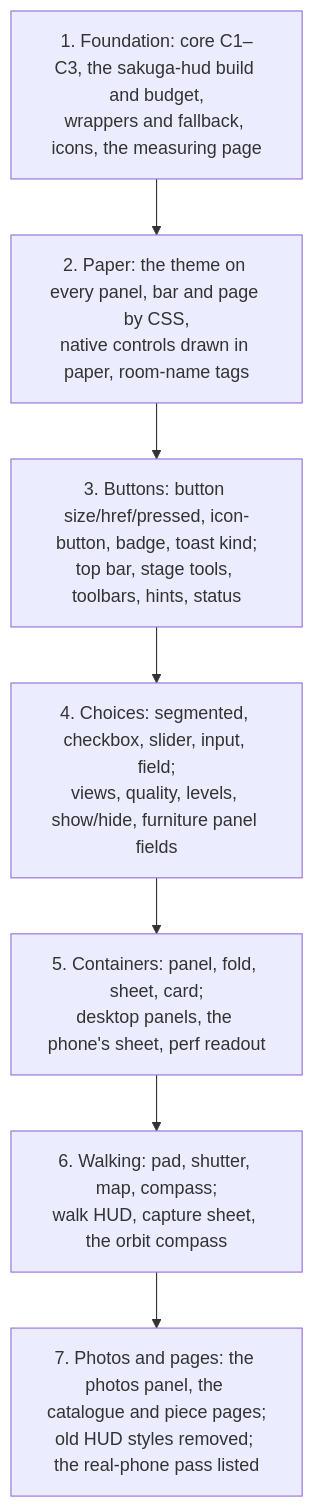
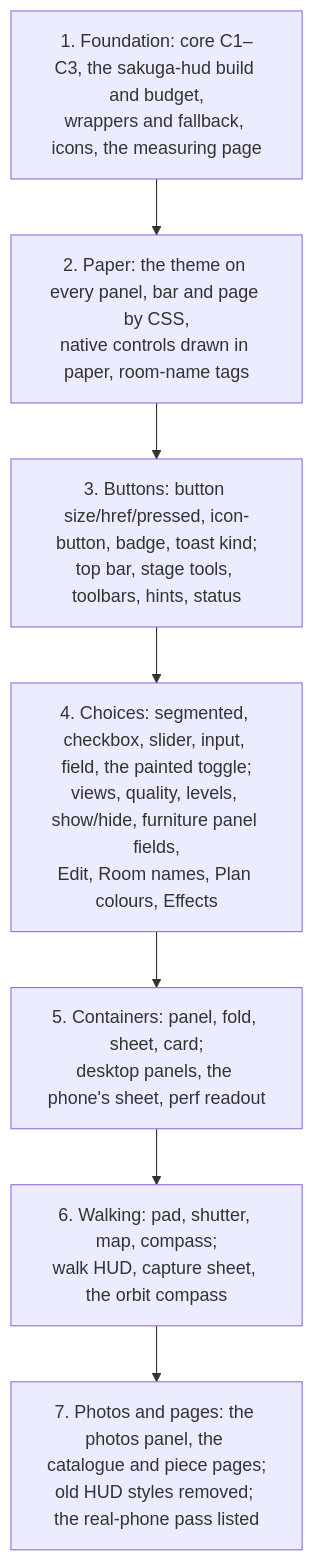
The sixth of 6 diagrams in docs/design/hud.md (NNTin/my-home), drawn with Mermaid before and after one commit. The commit also changed other lines of this file and 1 other file, not shown here.

First line of the commit message:
docs(hud): fold in the owner's answers; the painted toggle, lazily (#167)

````diff
--- a/docs/design/hud.md
+++ b/docs/design/hud.md
@@ -786,10 +871,10 @@
 ```mermaid
 graph TD
   p1["1. Foundation: core C1–C3, the sakuga-hud build and budget,<br/>wrappers and fallback, icons, the measuring page"] --> p2
   p2["2. Paper: the theme on every panel, bar and page by CSS,<br/>native controls drawn in paper, room-name tags"] --> p3
   p3["3. Buttons: button size/href/pressed, icon-button, badge, toast kind;<br/>top bar, stage tools, toolbars, hints, status"] --> p4
-  p4["4. Choices: segmented, checkbox, slider, input, field;<br/>views, quality, levels, show/hide, furniture panel fields"] --> p5
+  p4["4. Choices: segmented, checkbox, slider, input, field, the painted toggle;<br/>views, quality, levels, show/hide, furniture panel fields,<br/>Edit, Room names, Plan colours, Effects"] --> p5
   p5["5. Containers: panel, fold, sheet, card;<br/>desktop panels, the phone's sheet, perf readout"] --> p6
   p6["6. Walking: pad, shutter, map, compass;<br/>walk HUD, capture sheet, the orbit compass"] --> p7
   p7["7. Photos and pages: the photos panel, the catalogue and piece pages;<br/>old HUD styles removed; the real-phone pass listed"]
 ```
````
